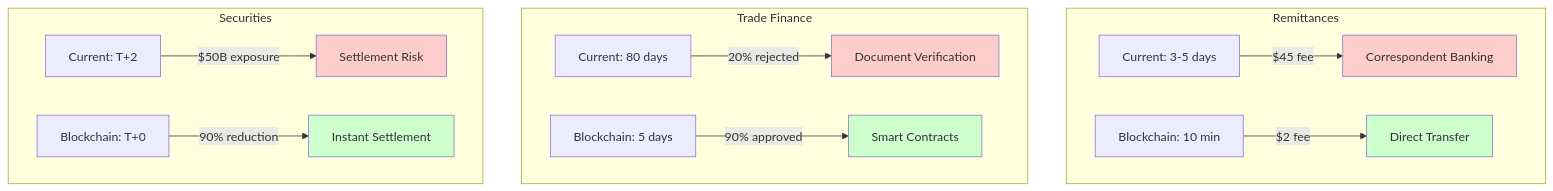
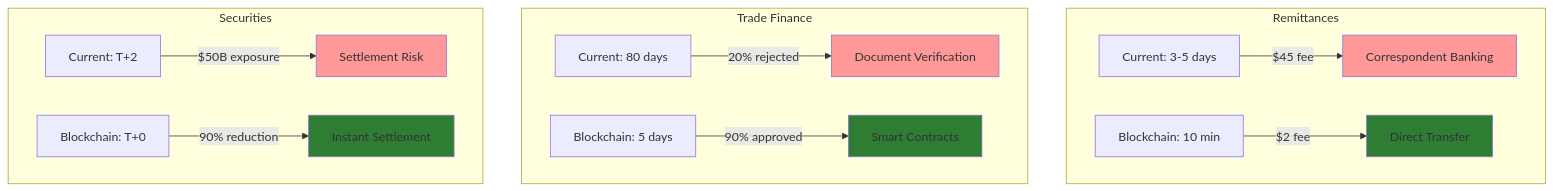
Before and after one commit to ljg-cqu/knowledge: diagram 18 of 22 in Industry/Blockchain/Blockchain/ValueChain/QA_ClaudeOpus.md, drawn with Mermaid. The commit also changed other lines of this file and 6 other files, not shown here.

````diff
--- a/Industry/Blockchain/Blockchain/ValueChain/QA_ClaudeOpus.md
+++ b/Industry/Blockchain/Blockchain/ValueChain/QA_ClaudeOpus.md
@@ -1727,24 +1727,24 @@
 ```mermaid
 graph TD
     subgraph Remittances
     R1[Current: 3-5 days] -->|$45 fee| R2[Correspondent Banking]
     R3[Blockchain: 10 min] -->|$2 fee| R4[Direct Transfer]
     end
     
     subgraph Trade Finance
     T1[Current: 80 days] -->|20% rejected| T2[Document Verification]
     T3[Blockchain: 5 days] -->|90% approved| T4[Smart Contracts]
     end
     
     subgraph Securities
     S1[Current: T+2] -->|$50B exposure| S2[Settlement Risk]
     S3[Blockchain: T+0] -->|90% reduction| S4[Instant Settlement]
     end
     
-    style R2 fill:#ffcccc
-    style T2 fill:#ffcccc
-    style S2 fill:#ffcccc
-    style R4 fill:#ccffcc
-    style T4 fill:#ccffcc
-    style S4 fill:#ccffcc
+    style R2 fill:#ff9999
+    style T2 fill:#ff9999
+    style S2 fill:#ff9999
+    style R4 fill:#2E7D32
+    style T4 fill:#2E7D32
+    style S4 fill:#2E7D32
 ```
````
